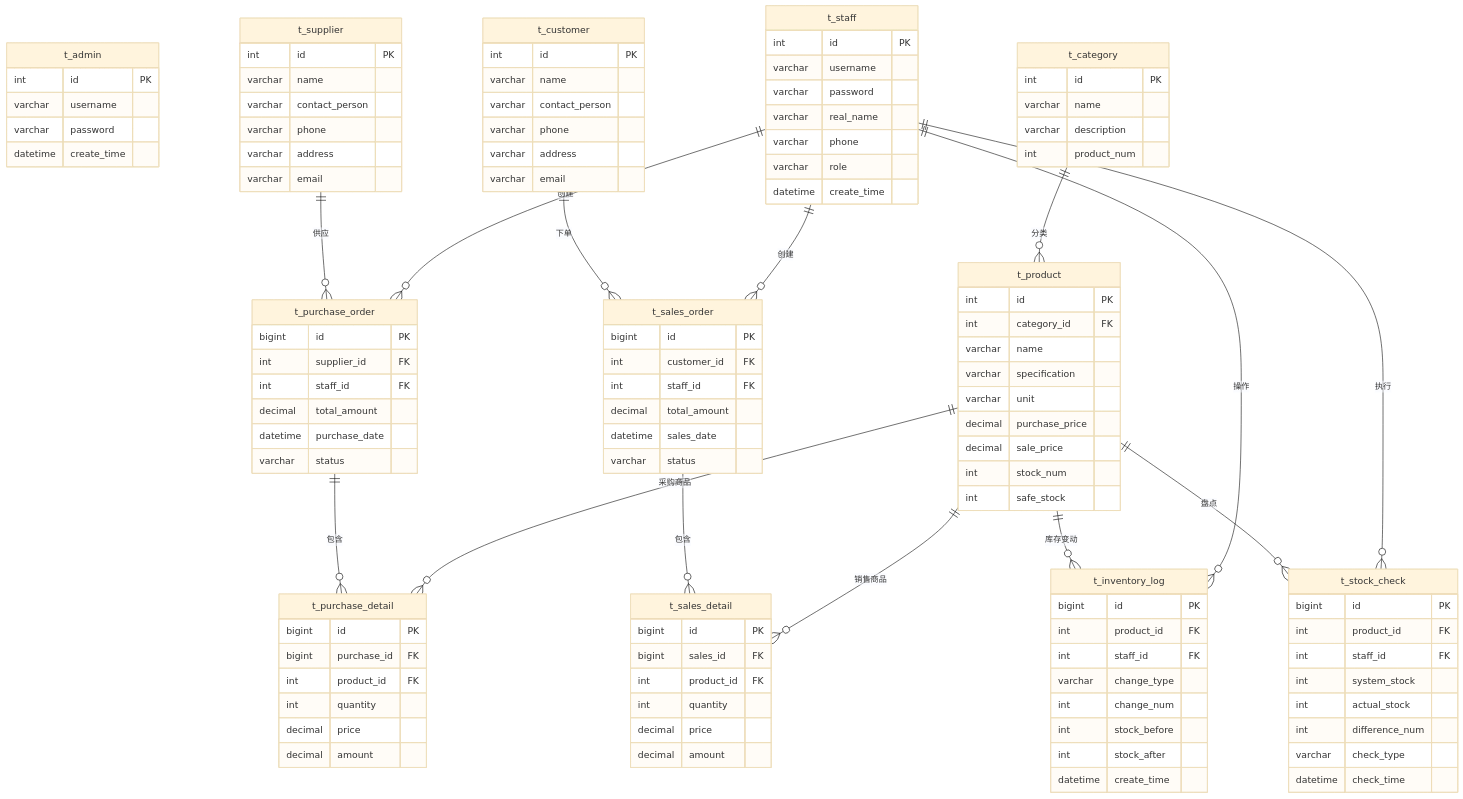
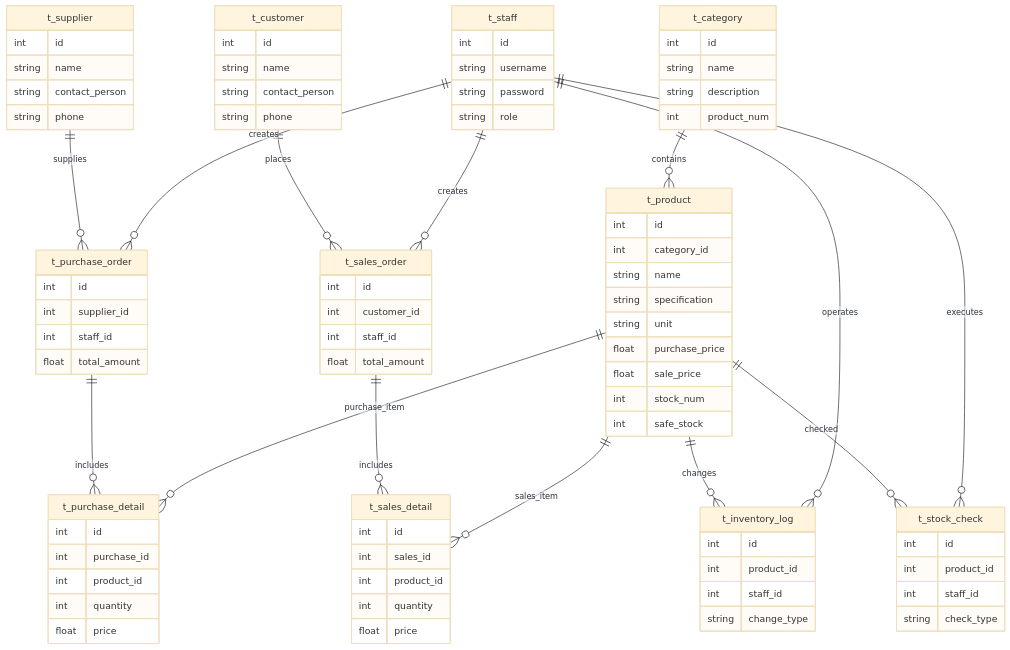
The diagram in all/未命名-1.md (Tsuei/iodraw-files), drawn with Mermaid (base theme) before and after one commit.

Commit message:
2026-06-03 22:12:16 update

````diff
--- a/all/未命名-1.md
+++ b/all/未命名-1.md
@@ -1,142 +1,113 @@
 ```mermaid
 erDiagram
 
-    t_admin {
-        int id PK
-        varchar username
-        varchar password
-        datetime create_time
-    }
-
-    t_staff {
-        int id PK
-        varchar username
-        varchar password
-        varchar real_name
-        varchar phone
-        varchar role
-        datetime create_time
-    }
-
     t_category {
-        int id PK
-        varchar name
-        varchar description
+        int id
+        string name
+        string description
         int product_num
     }
 
-    t_supplier {
-        int id PK
-        varchar name
-        varchar contact_person
-        varchar phone
-        varchar address
-        varchar email
-    }
-
-    t_customer {
-        int id PK
-        varchar name
-        varchar contact_person
-        varchar phone
-        varchar address
-        varchar email
-    }
-
     t_product {
-        int id PK
-        int category_id FK
-        varchar name
-        varchar specification
-        varchar unit
-        decimal purchase_price
-        decimal sale_price
+        int id
+        int category_id
+        string name
+        string specification
+        string unit
+        float purchase_price
+        float sale_price
         int stock_num
         int safe_stock
     }
 
+    t_supplier {
+        int id
+        string name
+        string contact_person
+        string phone
+    }
+
+    t_customer {
+        int id
+        string name
+        string contact_person
+        string phone
+    }
+
+    t_staff {
+        int id
+        string username
+        string password
+        string role
+    }
+
     t_purchase_order {
-        bigint id PK
-        int supplier_id FK
-        int staff_id FK
-        decimal total_amount
-        datetime purchase_date
-        varchar status
+        int id
+        int supplier_id
+        int staff_id
+        float total_amount
     }
 
     t_purchase_detail {
-        bigint id PK
-        bigint purchase_id FK
-        int product_id FK
+        int id
+        int purchase_id
+        int product_id
         int quantity
-        decimal price
-        decimal amount
+        float price
     }
 
     t_sales_order {
-        bigint id PK
-        int customer_id FK
-        int staff_id FK
-        decimal total_amount
-        datetime sales_date
-        varchar status
+        int id
+        int customer_id
+        int staff_id
+        float total_amount
     }
 
     t_sales_detail {
-        bigint id PK
-        bigint sales_id FK
-        int product_id FK
+        int id
+        int sales_id
+        int product_id
         int quantity
-        decimal price
-        decimal amount
+        float price
     }
 
     t_inventory_log {
-        bigint id PK
-        int product_id FK
-        int staff_id FK
-        varchar change_type
-        int change_num
-        int stock_before
-        int stock_after
-        datetime create_time
+        int id
+        int product_id
+        int staff_id
+        string change_type
     }
 
     t_stock_check {
-        bigint id PK
-        int product_id FK
-        int staff_id FK
-        int system_stock
-        int actual_stock
-        int difference_num
-        varchar check_type
-        datetime check_time
+        int id
+        int product_id
+        int staff_id
+        string check_type
     }
 
-    t_category ||--o{ t_product : 分类
+    t_category ||--o{ t_product : contains
 
-    t_supplier ||--o{ t_purchase_order : 供应
+    t_supplier ||--o{ t_purchase_order : supplies
 
-    t_staff ||--o{ t_purchase_order : 创建
+    t_staff ||--o{ t_purchase_order : creates
 
-    t_purchase_order ||--o{ t_purchase_detail : 包含
+    t_purchase_order ||--o{ t_purchase_detail : includes
 
-    t_product ||--o{ t_purchase_detail : 采购商品
+    t_product ||--o{ t_purchase_detail : purchase_item
 
-    t_customer ||--o{ t_sales_order : 下单
+    t_customer ||--o{ t_sales_order : places
 
-    t_staff ||--o{ t_sales_order : 创建
+    t_staff ||--o{ t_sales_order : creates
 
-    t_sales_order ||--o{ t_sales_detail : 包含
+    t_sales_order ||--o{ t_sales_detail : includes
 
-    t_product ||--o{ t_sales_detail : 销售商品
+    t_product ||--o{ t_sales_detail : sales_item
 
-    t_product ||--o{ t_inventory_log : 库存变动
+    t_product ||--o{ t_inventory_log : changes
 
-    t_staff ||--o{ t_inventory_log : 操作
+    t_staff ||--o{ t_inventory_log : operates
 
-    t_product ||--o{ t_stock_check : 盘点
+    t_product ||--o{ t_stock_check : checked
 
-    t_staff ||--o{ t_stock_check : 执行
-
+    t_staff ||--o{ t_stock_check : executes
 ```
````
